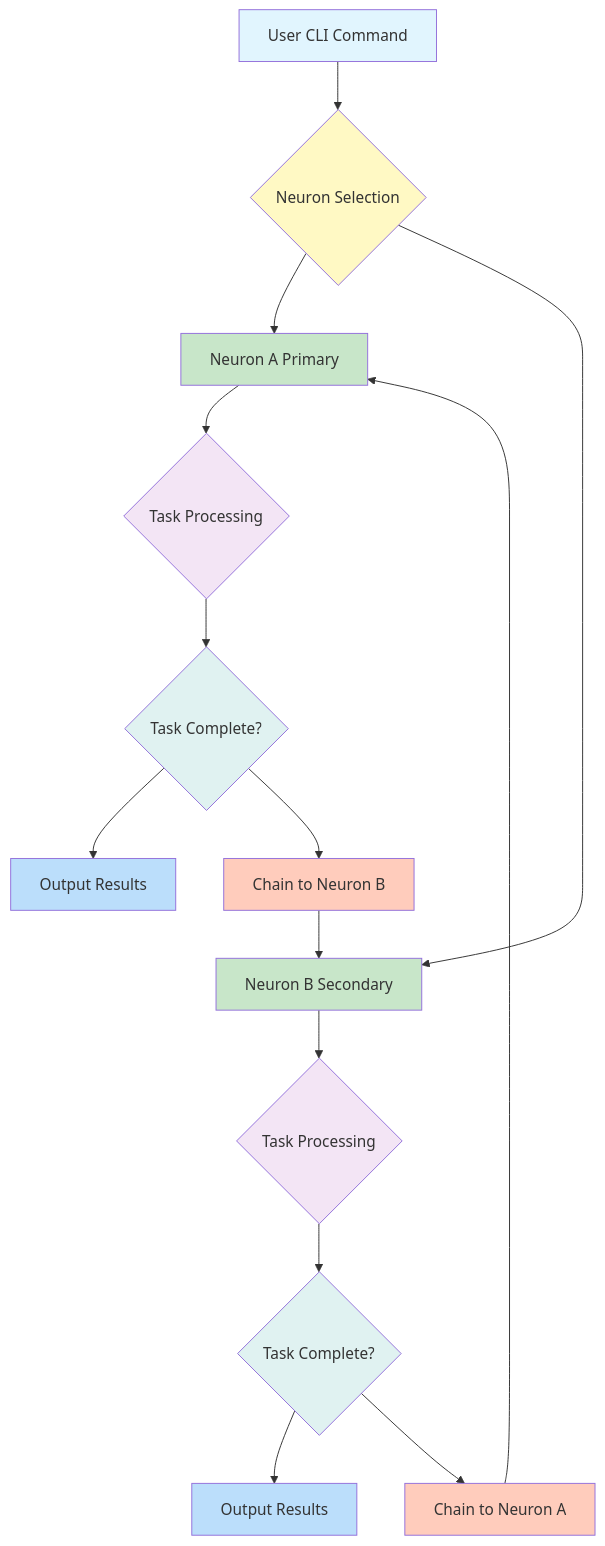
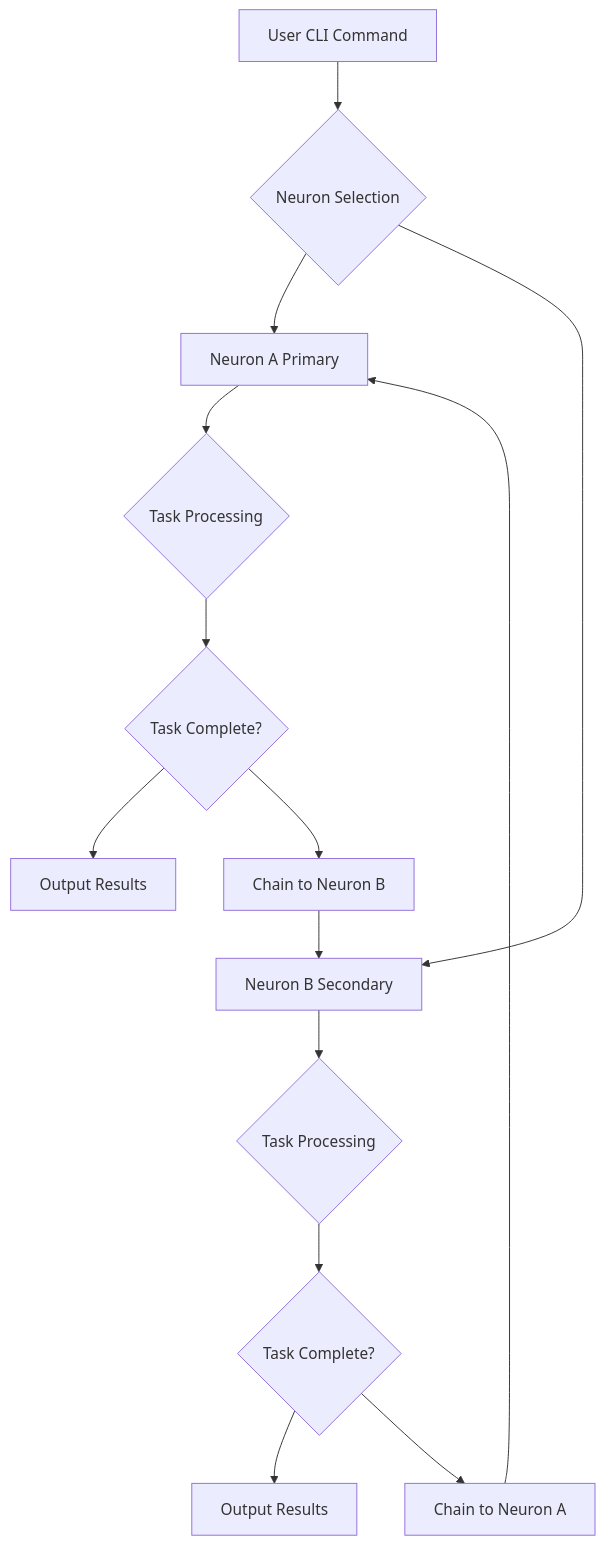
Before and after one commit to hallucinaut/two-neurons: the first of 5 diagrams in README.md, drawn with Mermaid. The commit also changed other lines of this file, not shown here.

Commit message:
Remove all color styles from mermaid diagrams for better dark mode support

````diff
--- a/README.md
+++ b/README.md
@@ -26,33 +26,20 @@
 ```mermaid
 graph TD
     A[User CLI Command] --> B{Neuron Selection}
     B --> C[Neuron A Primary]
     B --> D[Neuron B Secondary]
 
     C --> E{Task Processing}
     D --> F{Task Processing}
 
     E --> G{Task Complete?}
     F --> H{Task Complete?}
 
     G --> I[Output Results]
     G --> J[Chain to Neuron B]
     J --> D
 
     H --> K[Output Results]
     H --> L[Chain to Neuron A]
     L --> C
-
-    style A fill:#e1f5fe
-    style B fill:#fff9c4
-    style C fill:#c8e6c9
-    style D fill:#c8e6c9
-    style E fill:#f3e5f5
-    style F fill:#f3e5f5
-    style G fill:#e0f2f1
-    style H fill:#e0f2f1
-    style I fill:#bbdefb
-    style K fill:#bbdefb
-    style J fill:#ffccbc
-    style L fill:#ffccbc
 ```
````
